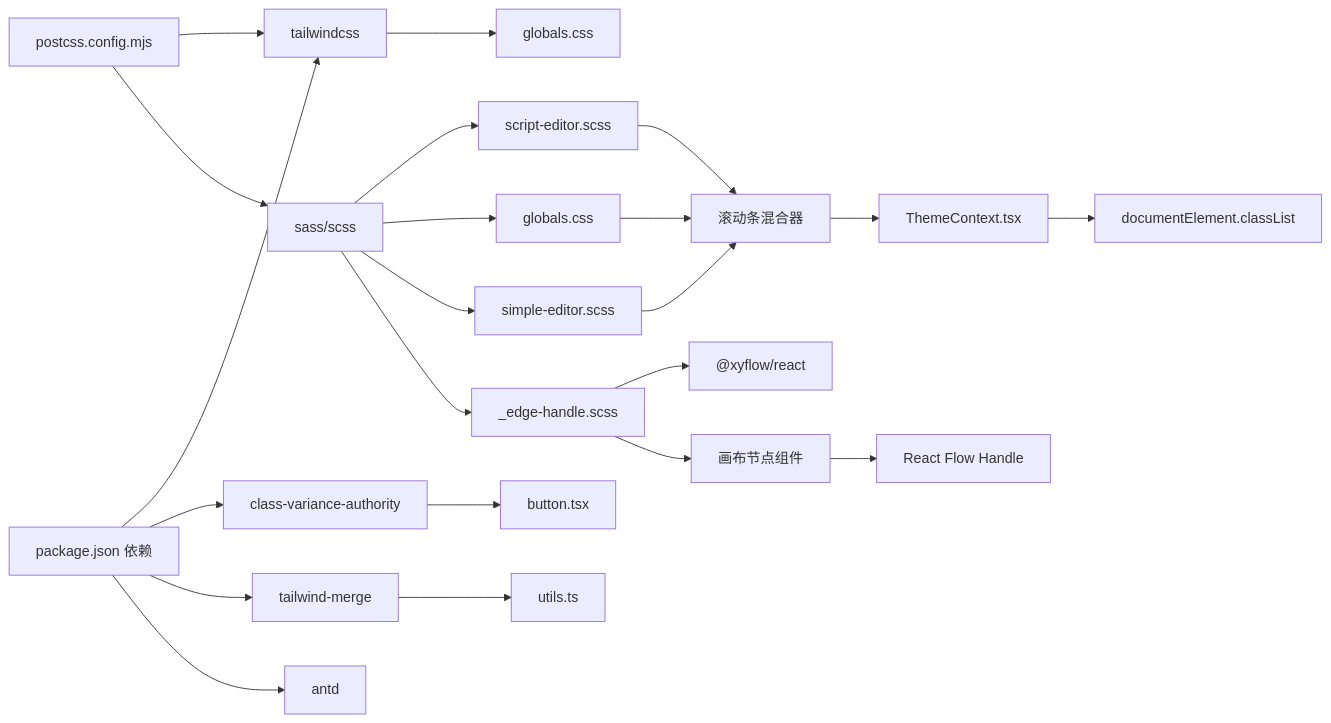
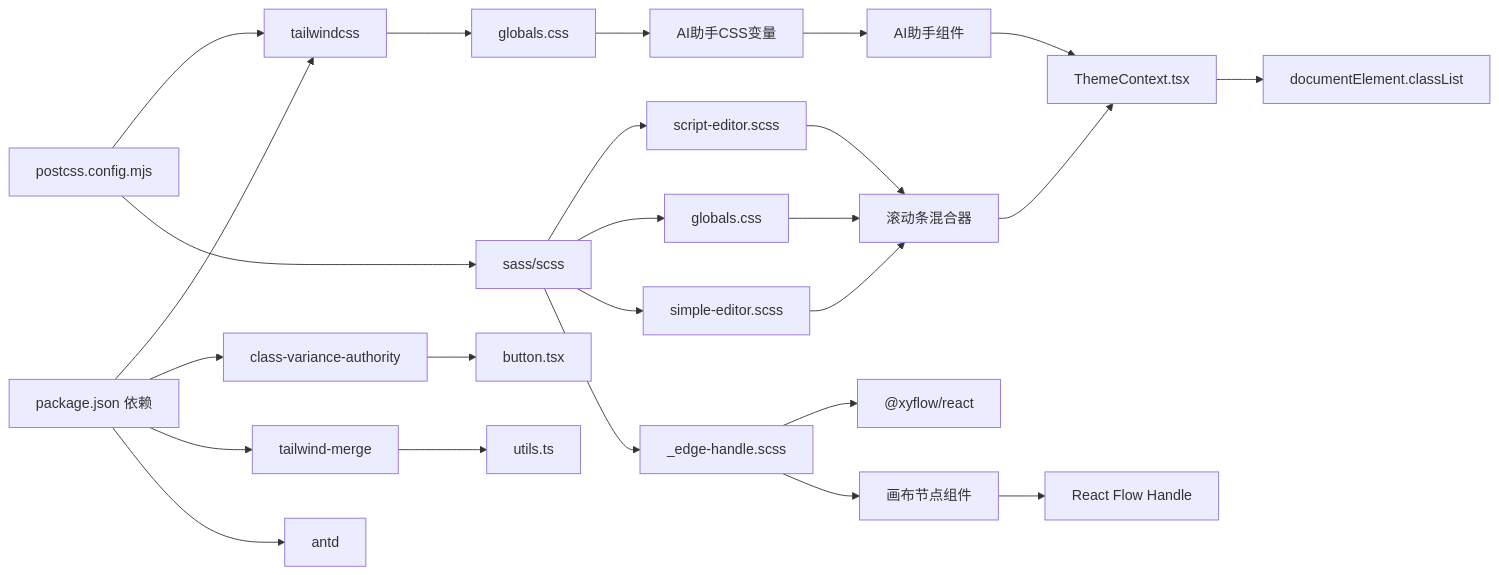
Before and after one commit to KunLabAI/KunFlix: diagram 13 of 13 in .qoder/repowiki/zh/content/前端应用架构/UI组件库/主题与样式系统.md, drawn with Mermaid. The commit also changed other lines of this file and 14 other files, not shown here.

````diff
--- a/.qoder/repowiki/zh/content/前端应用架构/UI组件库/主题与样式系统.md
+++ b/.qoder/repowiki/zh/content/前端应用架构/UI组件库/主题与样式系统.md
@@ -530,24 +620,27 @@
 ```mermaid
 graph LR
 P["package.json 依赖"] --> TW["tailwindcss"]
 P --> CVA["class-variance-authority"]
 P --> TM["tailwind-merge"]
 P --> AD["antd"]
 PC["postcss.config.mjs"] --> TW
 PC --> SCSS["sass/scss"]
 TW --> GC["globals.css"]
 SCSS --> SE["script-editor.scss"]
 SCSS --> GS["globals.css"]
 SCSS --> ST["simple-editor.scss"]
 SCSS --> EH["_edge-handle.scss"]
 CVA --> BTN["button.tsx"]
 TM --> UT["utils.ts"]
 SE --> MIXIN["滚动条混合器"]
 GS --> MIXIN
 ST --> MIXIN
 MIXIN --> THEME["ThemeContext.tsx"]
 THEME --> DOM["documentElement.classList"]
 EH --> RF["@xyflow/react"]
 EH --> NODES["画布节点组件"]
 NODES --> HANDLE["React Flow Handle"]
+GC --> AIVARS["AI助手CSS变量"]
+AIVARS --> AICOMP["AI助手组件"]
+AICOMP --> THEME
 ```
````
